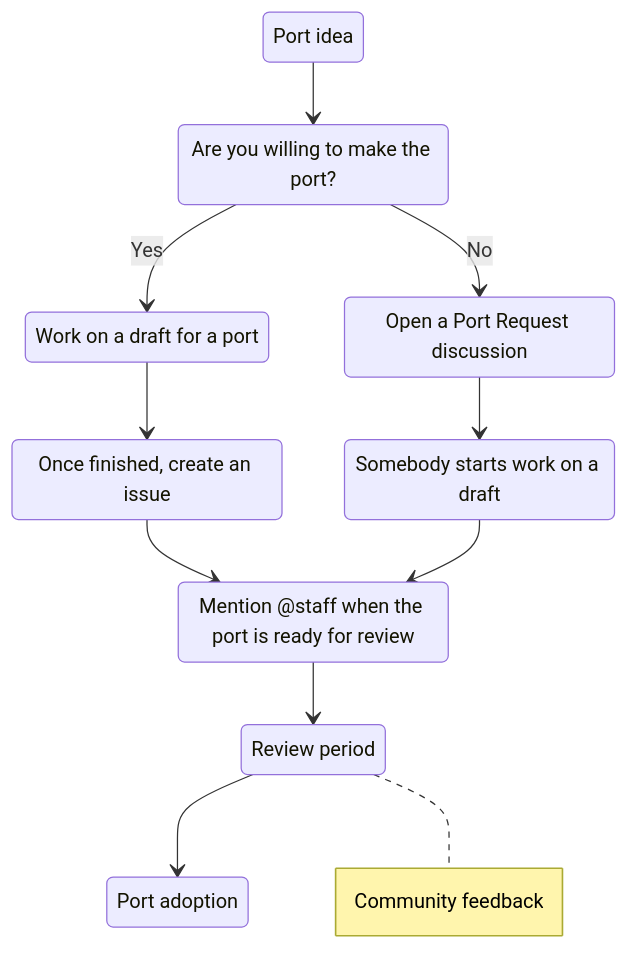
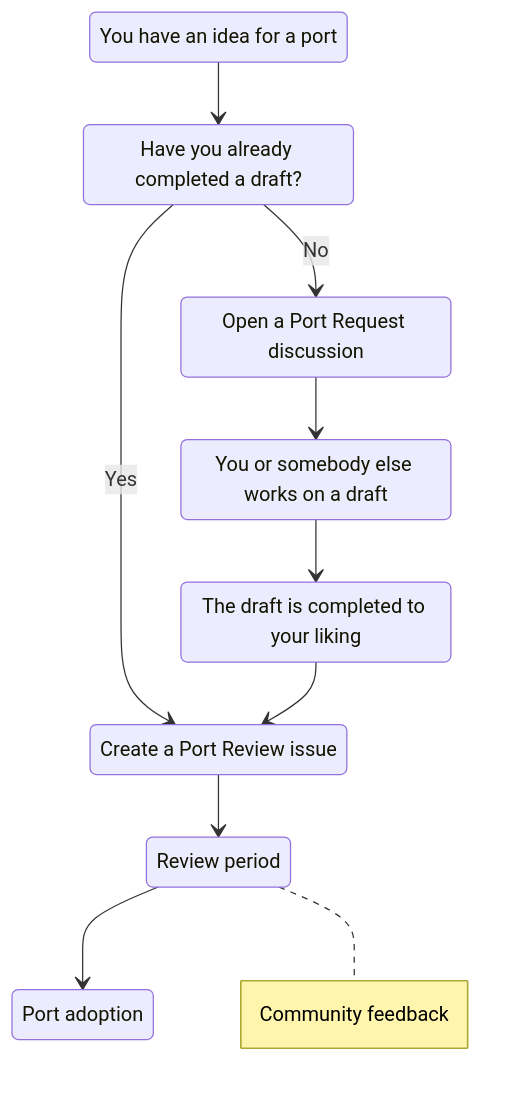
Before and after one commit to catppuccin/catppuccin: the diagram in docs/port-creation.md, drawn with Mermaid.

Commit message:
feat: use @backwardspy's mermaid diagram

````diff
--- a/docs/port-creation.md
+++ b/docs/port-creation.md
@@ -46,29 +46,30 @@
 ```mermaid
 stateDiagram-v2
-  idea: Port idea
+  idea: You have an idea for a port
   idea --> choice
-  choice: Are you willing to make the port?
 
-  choice --> author: Yes
-  author: Work on a draft for a port
-  author --> author_done
-  author_done: Once finished, create an issue
-  author_done --> staff_mention
+  choice: Have you already completed a draft?
+  choice --> draft_complete: Yes
+  choice --> request: No
 
-  choice --> request: No
   request: Open a Port Request discussion
-  request_picked_up: Somebody starts work on a draft
   request --> request_picked_up
-  request_picked_up --> staff_mention
+  
+  request_picked_up: You or somebody else works on a draft
+  request_picked_up --> request_complete
 
-  staff_mention: Mention @staff when the port is ready for review
-  staff_mention --> review
+  request_complete: The draft is completed to your liking
+  request_complete --> draft_complete
+  
+  draft_complete: Create a Port Review issue
+  draft_complete --> review
+
   review: Review period
   review --> port_adoption
 
   note right of review
     Community feedback
   end note
 
   port_adoption: Port adoption
 ```
````
